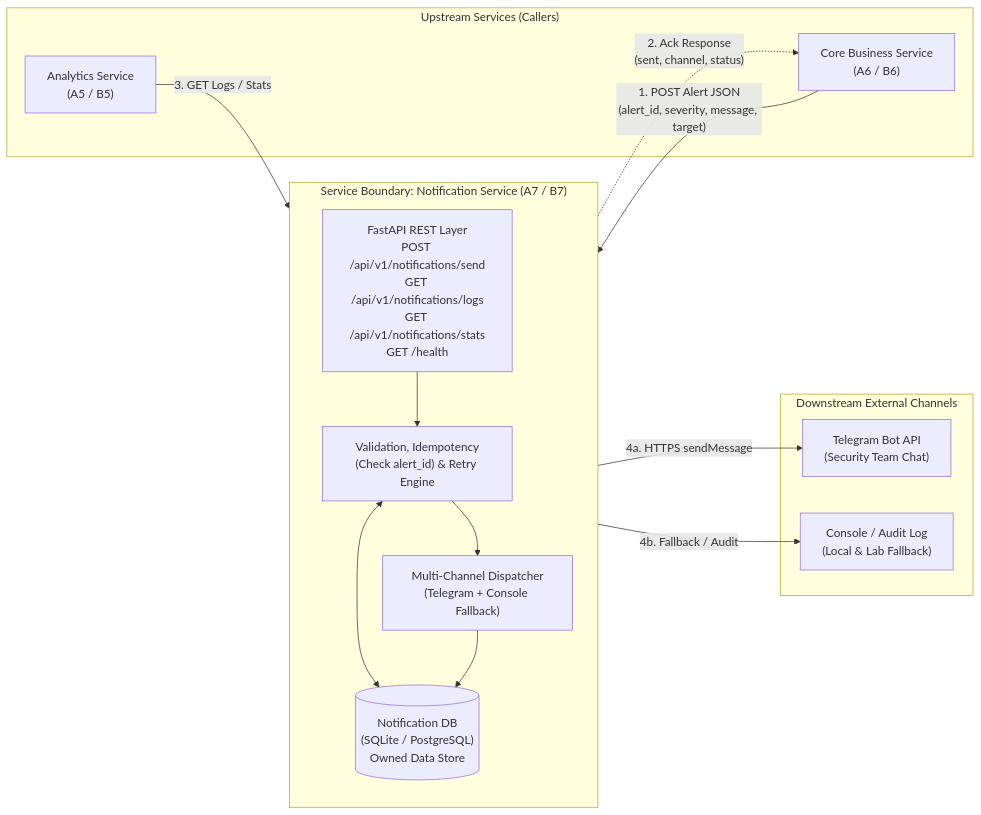
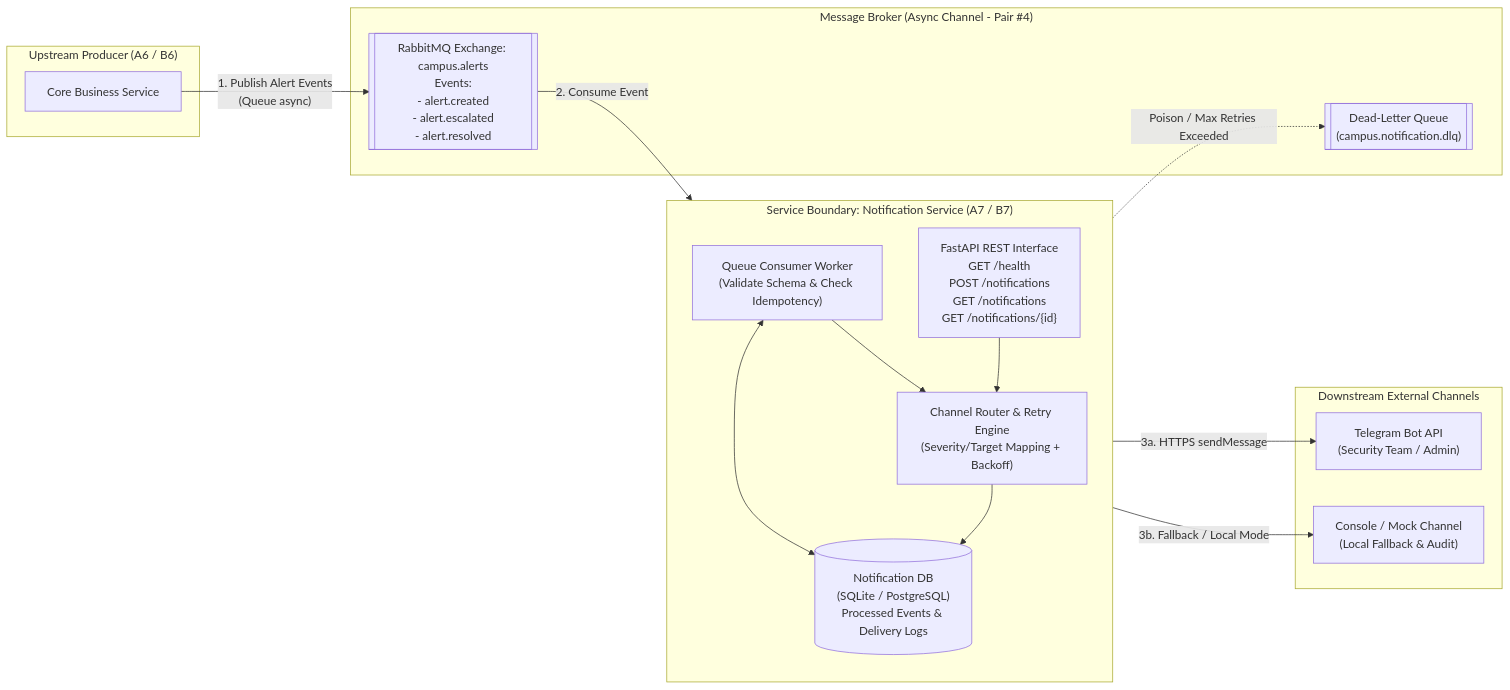
One commit to 1677030156NguyenMinhPhuongKHMT17-01/Notification_Service changed the diagram in 01_Setup/evidence/buoi-01/service-boundary.md. Above: the diagram before and after it, drawn with Mermaid. The commit also changed other lines of this file and 2 other files, not shown here.

Commit message:
lab01: align Notification Service boundary with Pair #4 (Queue async) in pairing-matrix.md

````diff
--- a/01_Setup/evidence/buoi-01/service-boundary.md
+++ b/01_Setup/evidence/buoi-01/service-boundary.md
@@ -172,31 +191,35 @@
 ```mermaid
 flowchart LR
-    subgraph Upstream ["Upstream Services (Callers)"]
-        CORE["Core Business Service<br/>(A6 / B6)"]
-        ANALYTICS["Analytics Service<br/>(A5 / B5)"]
+    subgraph Upstream ["Upstream Producer (A6 / B6)"]
+        CORE["Core Business Service"]
+    end
+
+    subgraph Broker ["Message Broker (Async Channel - Pair #4)"]
+        MQ[["RabbitMQ Exchange: campus.alerts<br/>Events:<br/>- alert.created<br/>- alert.escalated<br/>- alert.resolved"]]
+        DLQ[["Dead-Letter Queue<br/>(campus.notification.dlq)"]]
     end
 
     subgraph Boundary ["Service Boundary: Notification Service (A7 / B7)"]
         direction TB
-        API["FastAPI REST Layer<br/>POST /api/v1/notifications/send<br/>GET /api/v1/notifications/logs<br/>GET /api/v1/notifications/stats<br/>GET /health"]
-        DEDUP["Validation, Idempotency<br/>(Check alert_id) & Retry Engine"]
-        DISPATCH["Multi-Channel Dispatcher<br/>(Telegram + Console Fallback)"]
-        DB[("Notification DB<br/>(SQLite / PostgreSQL)<br/>Owned Data Store")]
+        WORKER["Queue Consumer Worker<br/>(Validate Schema & Check Idempotency)"]
+        API["FastAPI REST Interface<br/>GET /health<br/>POST /notifications<br/>GET /notifications<br/>GET /notifications/{id}"]
+        ROUTER["Channel Router & Retry Engine<br/>(Severity/Target Mapping + Backoff)"]
+        DB[("Notification DB<br/>(SQLite / PostgreSQL)<br/>Processed Events & Delivery Logs")]
 
-        API --> DEDUP
-        DEDUP <--> DB
-        DEDUP --> DISPATCH
-        DISPATCH --> DB
+        WORKER --> ROUTER
+        API --> ROUTER
+        WORKER <--> DB
+        ROUTER --> DB
     end
 
     subgraph Downstream ["Downstream External Channels"]
-        TG["Telegram Bot API<br/>(Security Team Chat)"]
-        CONSOLE["Console / Audit Log<br/>(Local & Lab Fallback)"]
+        TG["Telegram Bot API<br/>(Security Team / Admin)"]
+        CONSOLE["Console / Mock Channel<br/>(Local Fallback & Audit)"]
     end
 
-    CORE -->|"1. POST Alert JSON<br/>(alert_id, severity, message, target)"| API
-    API -.->|"2. Ack Response<br/>(sent, channel, status)"| CORE
-    ANALYTICS -->|"3. GET Logs / Stats"| API
-    DISPATCH -->|"4a. HTTPS sendMessage"| TG
-    DISPATCH -->|"4b. Fallback / Audit"| CONSOLE
+    CORE -->|"1. Publish Alert Events<br/>(Queue async)"| MQ
+    MQ -->|"2. Consume Event"| WORKER
+    WORKER -.->|"Poison / Max Retries Exceeded"| DLQ
+    ROUTER -->|"3a. HTTPS sendMessage"| TG
+    ROUTER -->|"3b. Fallback / Local Mode"| CONSOLE
 ```
````
